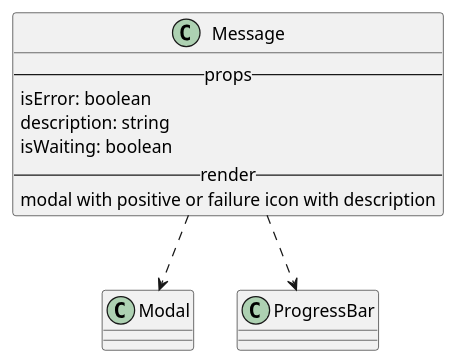
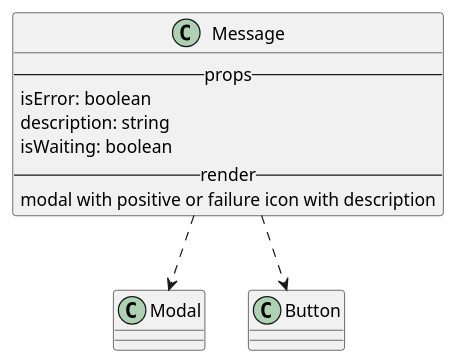
Before and after one commit to M9k/Marvin-Uml: the diagram in react/custom/messageBox.iuml, drawn with PlantUML. The commit also changed 15 other files, not shown here.

```diff
--- a/react/custom/messageBox.iuml
+++ b/react/custom/messageBox.iuml
@@ -1,11 +1,11 @@
 class Message {
     --props--
        isError: boolean
        description: string
 	   isWaiting: boolean
     --render--
     modal with positive or failure icon with description
 }
 
 Message ..> Modal
-Message ..> ProgressBar
+Message ..> Button
```
